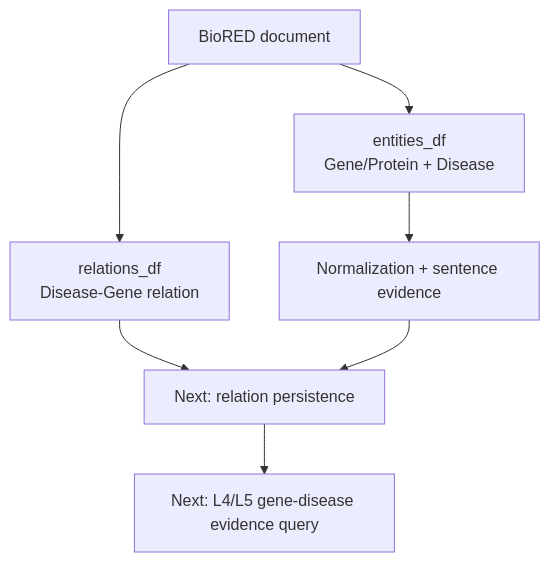
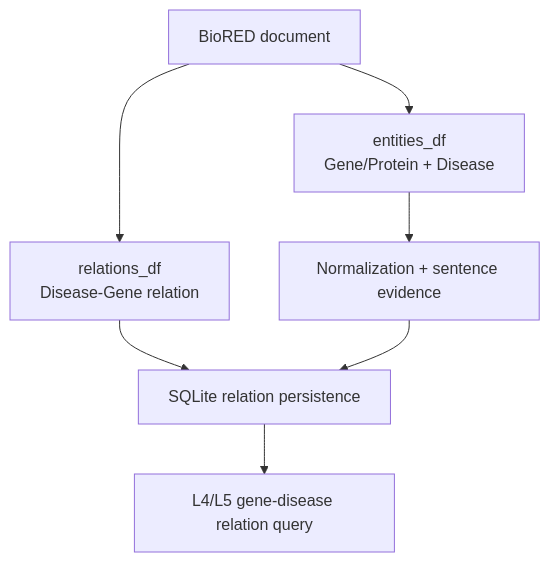
The fifth of 5 diagrams in doc/end_to_end_data_flow.md (Yi104/biomedical_literature_intelligence_engine), drawn with Mermaid before and after one commit. The commit also changed other lines of this file and 5 other files, not shown here.

````diff
--- a/doc/end_to_end_data_flow.md
+++ b/doc/end_to_end_data_flow.md
@@ -272,9 +277,9 @@
 ```mermaid
 flowchart TD
     A["BioRED document"] --> B["entities_df<br/>Gene/Protein + Disease"]
     A --> C["relations_df<br/>Disease-Gene relation"]
     B --> D["Normalization + sentence evidence"]
-    C --> E["Next: relation persistence"]
+    C --> E["SQLite relation persistence"]
     D --> E
-    E --> F["Next: L4/L5 gene-disease evidence query"]
+    E --> F["L4/L5 gene-disease relation query"]
 ```
````
